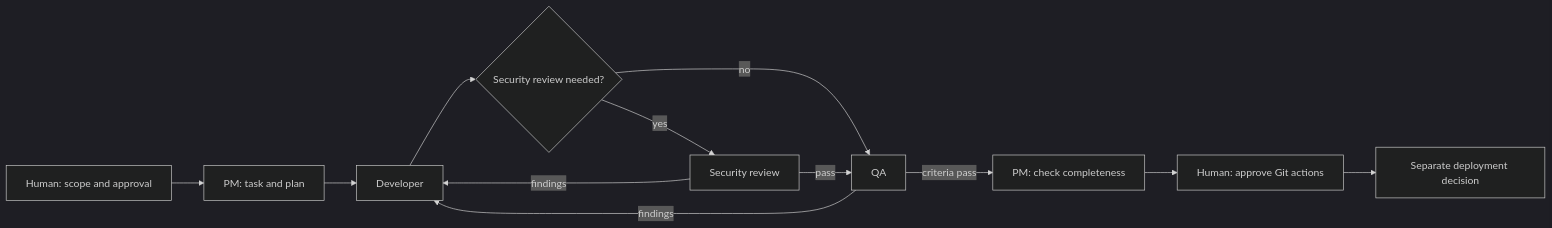
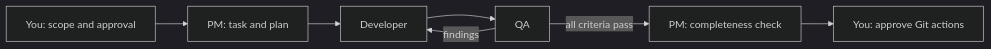
Before and after one commit to ferhatcore/claude-codex-project-os: the diagram in README.md, drawn with Mermaid (dark theme). The commit also changed other lines of this file and 26 other files, not shown here.

````diff
--- a/README.md
+++ b/README.md
@@ -59,14 +74,9 @@
 ```mermaid
 flowchart LR
-    H[Human: scope and approval] --> PM[PM: task and plan]
+    H[You: scope and approval] --> PM[PM: task and plan]
     PM --> D[Developer]
-    D --> S{Security review needed?}
-    S -->|yes| R[Security review]
-    S -->|no| Q[QA]
-    R -->|pass| Q
-    R -->|findings| D
+    D --> Q[QA]
     Q -->|findings| D
-    Q -->|criteria pass| C[PM: check completeness]
-    C --> A[Human: approve Git actions]
-    A --> P[Separate deployment decision]
+    Q -->|all criteria pass| C[PM: completeness check]
+    C --> A[You: approve Git actions]
 ```
````
